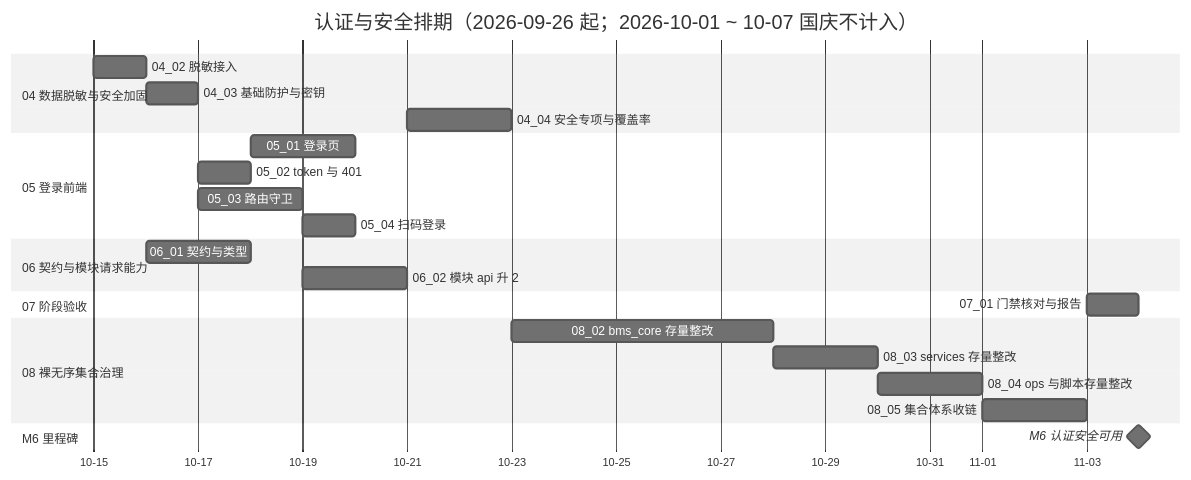
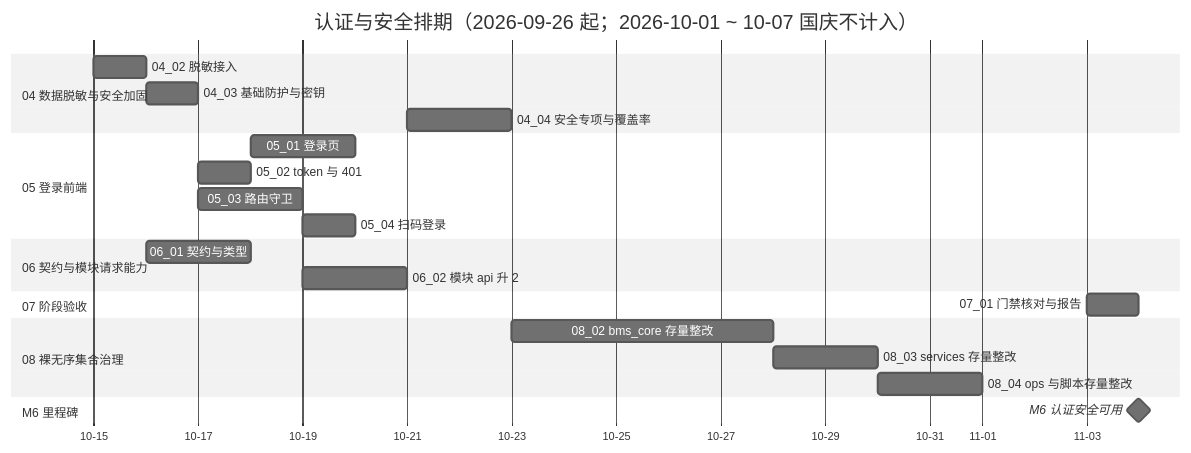
One commit to minjian123/basic-management-system changed the diagram in bms文档/项目/06_认证与安全/计划/01_计划_认证与安全.md. Above: the diagram before and after it, drawn with Mermaid (neutral theme). The commit also changed other lines of this file and 8 other files, not shown here.

````diff
--- a/bms文档/项目/06_认证与安全/计划/01_计划_认证与安全.md
+++ b/bms文档/项目/06_认证与安全/计划/01_计划_认证与安全.md
@@ -76,27 +77,26 @@
 ```mermaid
 gantt
     title 认证与安全排期（2026-09-26 起；2026-10-01 ~ 10-07 国庆不计入）
     dateFormat  YYYY-MM-DD
     axisFormat %m-%d
     section 04 数据脱敏与安全加固
     04_02 脱敏接入 :d2, 2026-10-15, 1d
     04_03 基础防护与密钥 :d3, 2026-10-16, 1d
     04_04 安全专项与覆盖率 :d4, 2026-10-21, 2d
     section 05 登录前端
     05_01 登录页 :e1, 2026-10-18, 2d
     05_02 token 与 401 :e2, 2026-10-17, 1d
     05_03 路由守卫 :e3, 2026-10-17, 2d
     05_04 扫码登录 :e4, 2026-10-19, 1d
     section 06 契约与模块请求能力
     06_01 契约与类型 :f1, 2026-10-16, 2d
     06_02 模块 api 升 2 :f2, 2026-10-19, 2d
     section 07 阶段验收
     07_01 门禁核对与报告 :g1, 2026-11-03, 1d
     section 08 裸无序集合治理
     08_02 bms_core 存量整改 :h1, 2026-10-23, 5d
     08_03 services 存量整改 :h2, 2026-10-28, 2d
     08_04 ops 与脚本存量整改 :h3, 2026-10-30, 2d
-    08_05 集合体系收链 :h4, 2026-11-01, 2d
     section M6 里程碑
     M6 认证安全可用 :milestone, mm6, 2026-11-04, 0d
 ```
````
